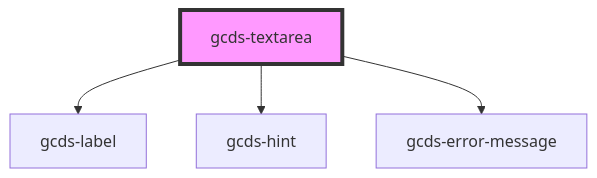
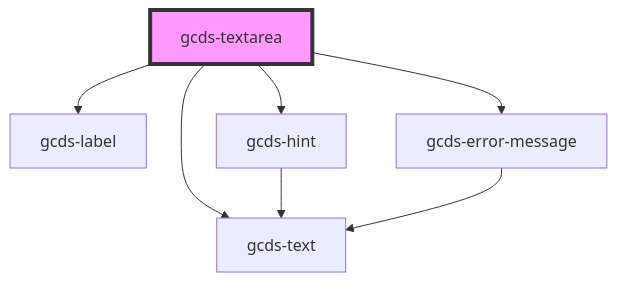
One commit to cds-snc/gcds-components changed the diagram in packages/web/src/components/gcds-textarea/readme.md. Above: the diagram before and after it, drawn with Mermaid. The commit also changed other lines of this file and 33 other files, not shown here.

First line of the commit message:
refactor: integrate gcds-text into existing components  (#457)

````diff
--- a/packages/web/src/components/gcds-textarea/readme.md
+++ b/packages/web/src/components/gcds-textarea/readme.md
@@ -61,7 +62,10 @@
 ```mermaid
 graph TD;
   gcds-textarea --> gcds-label
   gcds-textarea --> gcds-hint
   gcds-textarea --> gcds-error-message
+  gcds-textarea --> gcds-text
+  gcds-hint --> gcds-text
+  gcds-error-message --> gcds-text
   style gcds-textarea fill:#f9f,stroke:#333,stroke-width:4px
 ```
````
